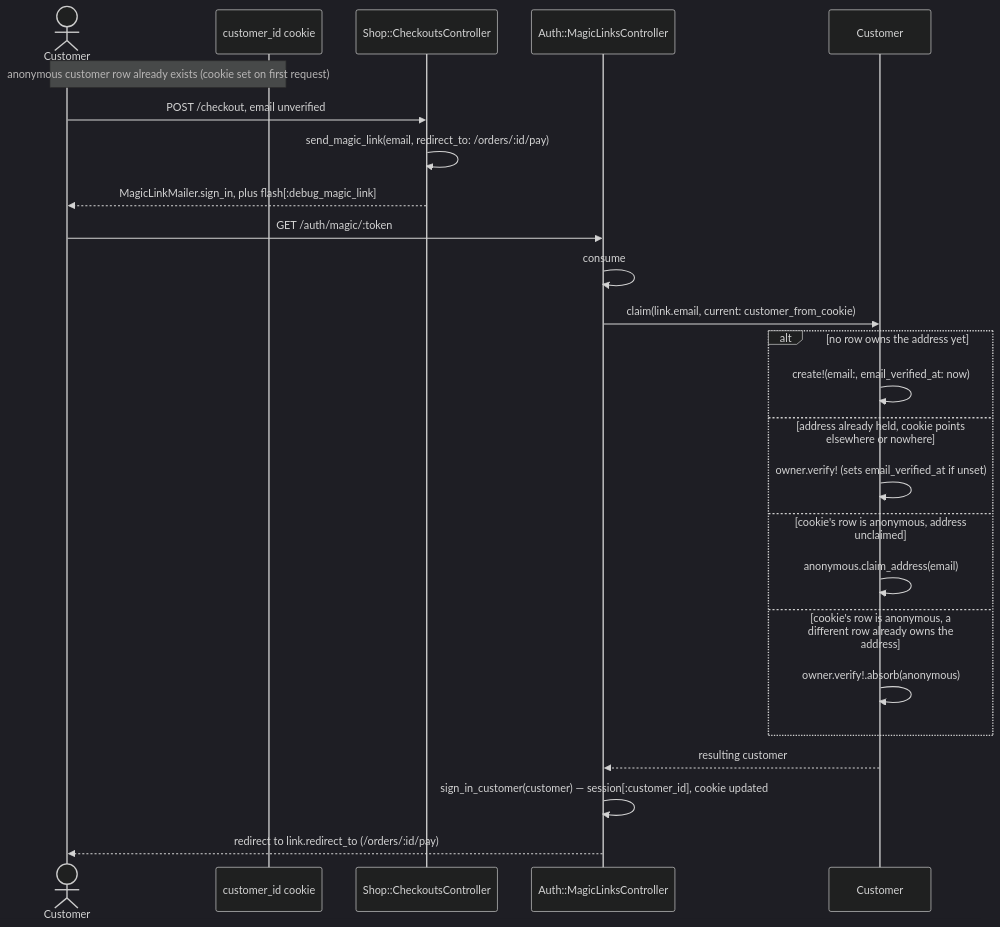
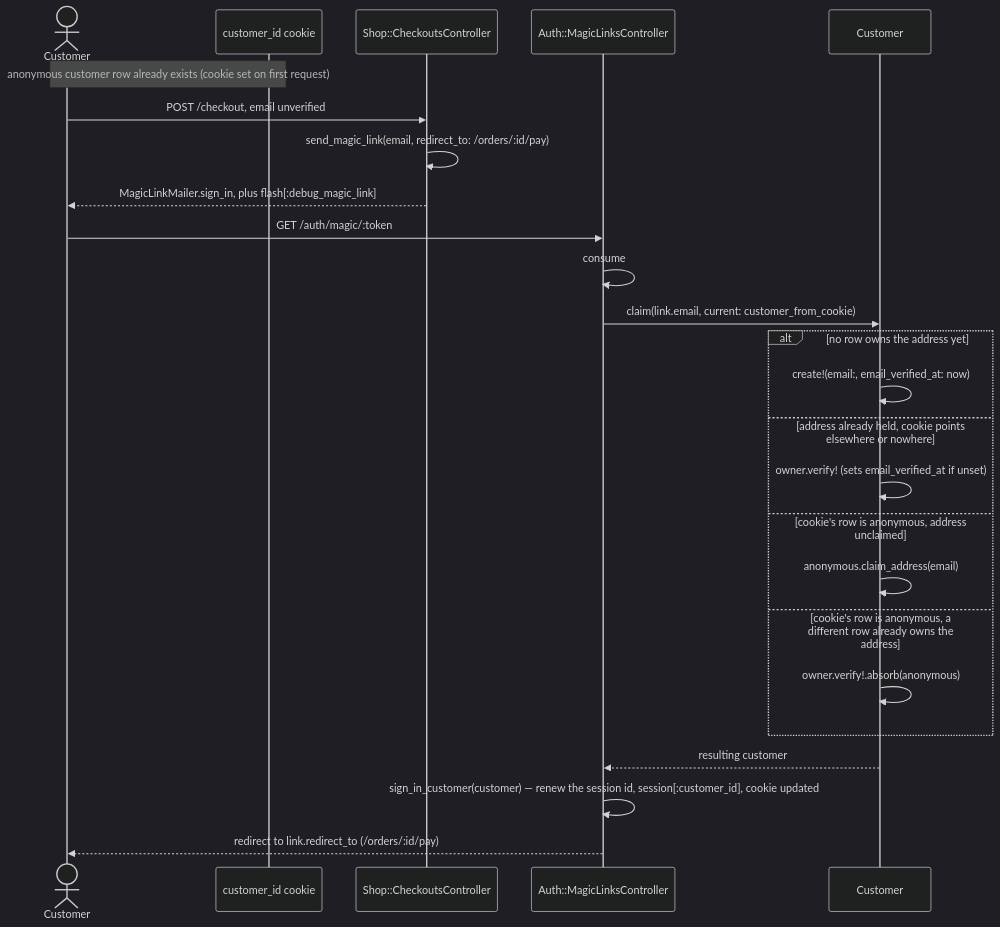
One commit to jonathan-beebe/art-store changed the second of 5 diagrams in prototype/rails/docs/identity.md. Above: the diagram before and after it, drawn with Mermaid (dark theme). The commit also changed other lines of this file and 12 other files, not shown here.

````diff
--- a/prototype/rails/docs/identity.md
+++ b/prototype/rails/docs/identity.md
@@ -72,29 +76,29 @@
 ```mermaid
 sequenceDiagram
     actor Customer
     participant Cookie as customer_id cookie
     participant Checkout as Shop::CheckoutsController
     participant Verify as Auth::MagicLinksController
     participant Customers as Customer
 
     Note over Customer,Cookie: anonymous customer row already exists (cookie set on first request)
     Customer->>Checkout: POST /checkout, email unverified
     Checkout->>Checkout: send_magic_link(email, redirect_to: /orders/:id/pay)
     Checkout-->>Customer: MagicLinkMailer.sign_in, plus flash[:debug_magic_link]
 
     Customer->>Verify: GET /auth/magic/:token
     Verify->>Verify: consume
     Verify->>Customers: claim(link.email, current: customer_from_cookie)
     alt no row owns the address yet
         Customers->>Customers: create!(email:, email_verified_at: now)
     else address already held, cookie points elsewhere or nowhere
         Customers->>Customers: owner.verify! (sets email_verified_at if unset)
     else cookie's row is anonymous, address unclaimed
         Customers->>Customers: anonymous.claim_address(email)
     else cookie's row is anonymous, a different row already owns the address
         Customers->>Customers: owner.verify!.absorb(anonymous)
     end
     Customers-->>Verify: resulting customer
-    Verify->>Verify: sign_in_customer(customer) — session[:customer_id], cookie updated
+    Verify->>Verify: sign_in_customer(customer) — renew the session id, session[:customer_id], cookie updated
     Verify-->>Customer: redirect to link.redirect_to (/orders/:id/pay)
 ```
````
